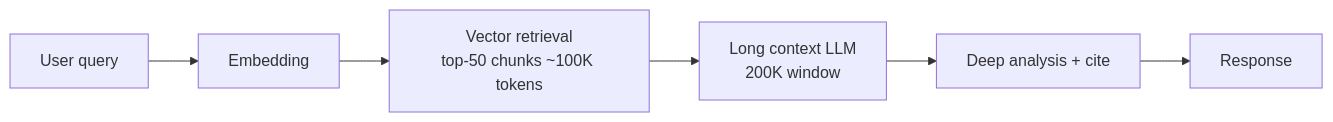
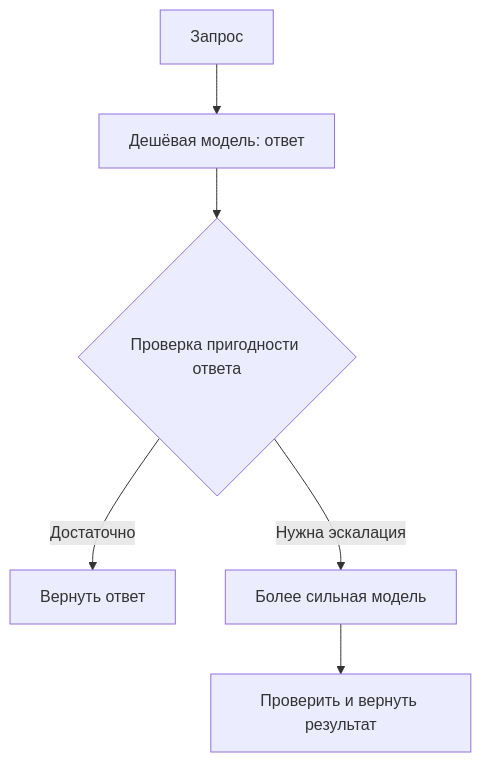
The second of 4 diagrams in cheatsheets/interview/ai-ml/long-context-vs-rag-interview.md (akeverus/cheat-sheet), drawn with Mermaid before and after one commit. The commit also changed other lines of this file and 154 other files, not shown here.

````diff
--- a/cheatsheets/interview/ai-ml/long-context-vs-rag-interview.md
+++ b/cheatsheets/interview/ai-ml/long-context-vs-rag-interview.md
@@ -693,8 +289,8 @@
 ```mermaid
-graph LR
-    A[User query] --> B[Embedding]
-    B --> C[Vector retrieval<br/>top-50 chunks ~100K tokens]
-    C --> D[Long context LLM<br/>200K window]
-    D --> E[Deep analysis + cite]
-    E --> F[Response]
+graph TD
+    A[Запрос] --> B[Дешёвая модель: ответ]
+    B --> C{Проверка пригодности ответа}
+    C -->|Достаточно| D[Вернуть ответ]
+    C -->|Нужна эскалация| E[Более сильная модель]
+    E --> F[Проверить и вернуть результат]
 ```
````
